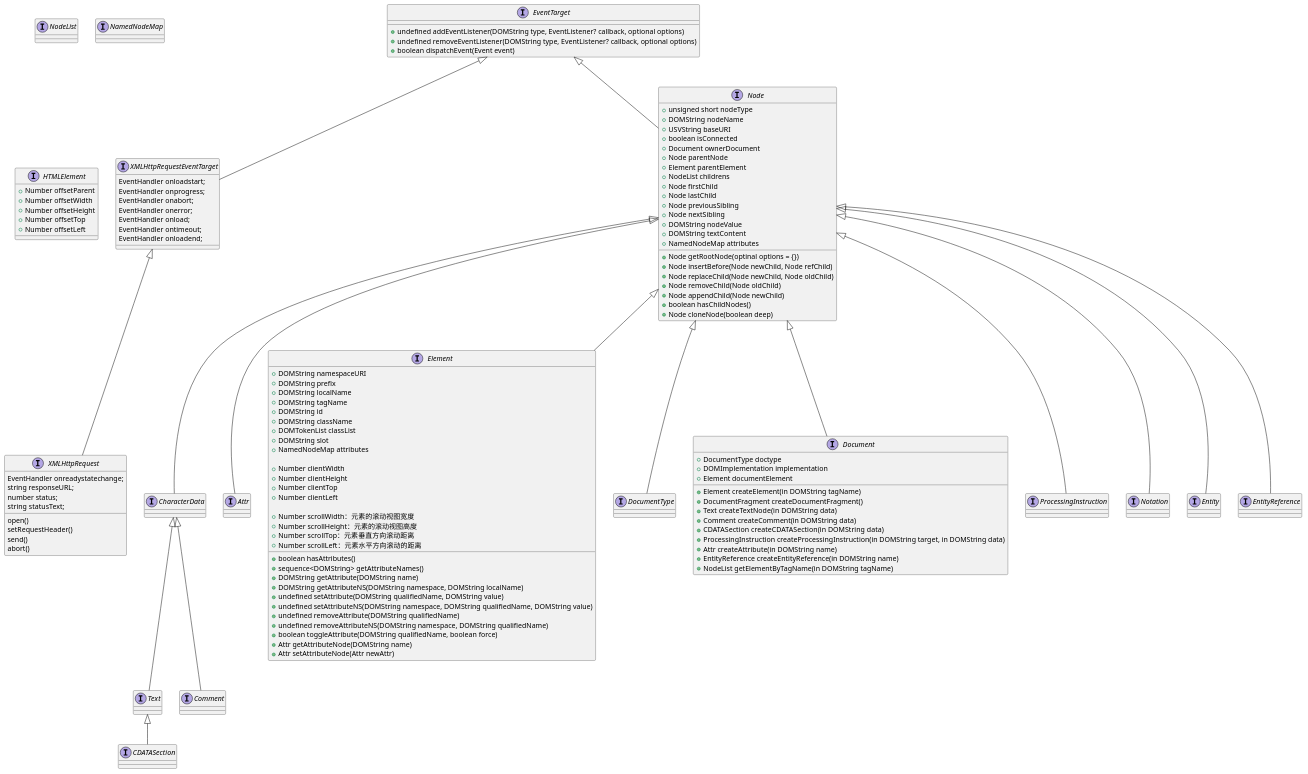
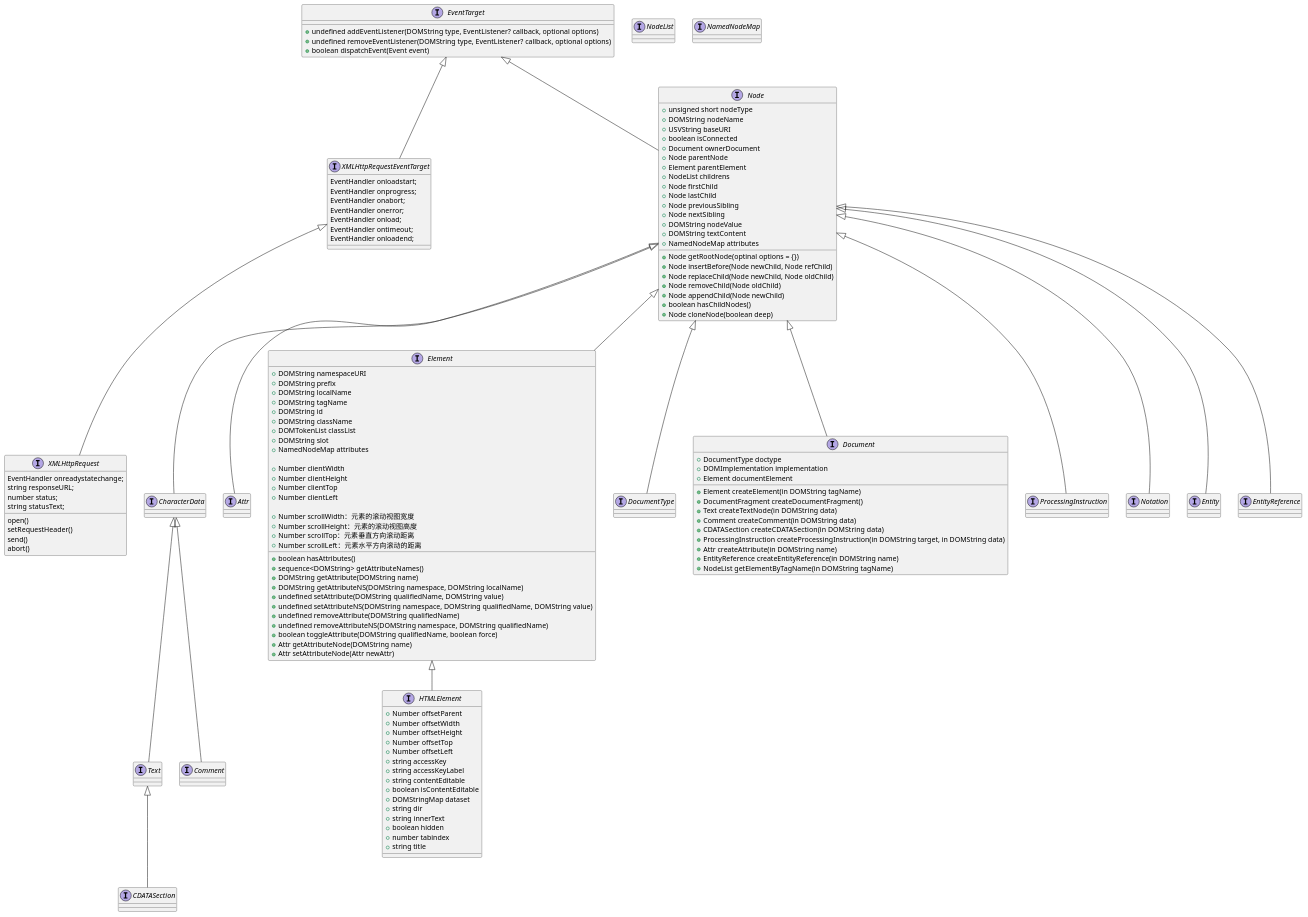
Before and after one commit to TigerWFH/webapp: the diagram in doc/知识累积/Web/dom.wsd, drawn with PlantUML.

Commit message:
docs: 补充HTMLElement资料

```diff
--- a/doc/知识累积/Web/dom.wsd
+++ b/doc/知识累积/Web/dom.wsd
@@ -1,140 +1,152 @@
 @startuml DOM
     interface EventTarget {
         + undefined addEventListener(DOMString type, EventListener? callback, optional options)
         + undefined removeEventListener(DOMString type, EventListener? callback, optional options)
         + boolean dispatchEvent(Event event)
     }
 
     interface XMLHttpRequestEventTarget {
         EventHandler onloadstart;
         EventHandler onprogress;
         EventHandler onabort;
         EventHandler onerror;
         EventHandler onload;
         EventHandler ontimeout;
         EventHandler onloadend;
     }
     interface XMLHttpRequest {
         EventHandler onreadystatechange;
         open()
         setRequestHeader()
         send()
         abort()
         string responseURL;
         number status;
         string statusText;
     }
 
     interface NodeList {}
     interface NamedNodeMap {}
     interface Node {
         + unsigned short nodeType
         + DOMString nodeName
         + USVString baseURI
         + boolean isConnected
         + Document ownerDocument
         + Node parentNode
         + Element parentElement
         + NodeList childrens
         + Node firstChild
         + Node lastChild
         + Node previousSibling
         + Node nextSibling
         + DOMString nodeValue
         + DOMString textContent
         + NamedNodeMap attributes
         + Node getRootNode(optinal options = {})
         + Node insertBefore(Node newChild, Node refChild)
         + Node replaceChild(Node newChild, Node oldChild)
         + Node removeChild(Node oldChild)
         + Node appendChild(Node newChild)
         + boolean hasChildNodes()
         + Node cloneNode(boolean deep)
     }
     interface CharacterData {}
     interface Attr {}
     interface Element {
         + DOMString namespaceURI
         + DOMString prefix
         + DOMString localName
         + DOMString tagName
         + DOMString id
         + DOMString className
         + DOMTokenList classList
         + DOMString slot
         + NamedNodeMap attributes
 
         + Number clientWidth
         + Number clientHeight
         + Number clientTop
         + Number clientLeft
 
         + Number scrollWidth：元素的滚动视图宽度
         + Number scrollHeight：元素的滚动视图高度
         + Number scrollTop：元素垂直方向滚动距离
         + Number scrollLeft：元素水平方向滚动的距离
 
         + boolean hasAttributes()
         + sequence<DOMString> getAttributeNames()
         + DOMString getAttribute(DOMString name)
         + DOMString getAttributeNS(DOMString namespace, DOMString localName)
         + undefined setAttribute(DOMString qualifiedName, DOMString value)
         + undefined setAttributeNS(DOMString namespace, DOMString qualifiedName, DOMString value)
         + undefined removeAttribute(DOMString qualifiedName)
         + undefined removeAttributeNS(DOMString namespace, DOMString qualifiedName)
         + boolean toggleAttribute(DOMString qualifiedName, boolean force)
         + Attr getAttributeNode(DOMString name)
         + Attr setAttributeNode(Attr newAttr)
     }
     interface DocumentType {}
     interface Document {
         + DocumentType doctype
         + DOMImplementation implementation
         + Element documentElement
         + Element createElement(in DOMString tagName)
         + DocumentFragment createDocumentFragment()
         + Text createTextNode(in DOMString data)
         + Comment createComment(in DOMString data)
         + CDATASection createCDATASection(in DOMString data)
         + ProcessingInstruction createProcessingInstruction(in DOMString target, in DOMString data)
         + Attr createAttribute(in DOMString name)
         + EntityReference createEntityReference(in DOMString name)
         + NodeList getElementByTagName(in DOMString tagName)
     }
     interface ProcessingInstruction {}
     interface Notation {}
     interface Entity {}
     interface EntityReference {}
 
     interface Text {}
     interface Comment {}
 
     interface CDATASection {}
 
+' https://developer.mozilla.org/en-US/docs/Web/API/HTMLElement
     interface HTMLElement {
         + Number offsetParent
         + Number offsetWidth
         + Number offsetHeight
         + Number offsetTop
         + Number offsetLeft
+        + string accessKey
+        + string accessKeyLabel
+        + string contentEditable
+        + boolean isContentEditable
+        + DOMStringMap dataset
+        + string dir
+        + string innerText
+        + boolean hidden
+        + number tabindex
+        + string title
     }
 
     EventTarget <|-- XMLHttpRequestEventTarget
     XMLHttpRequestEventTarget <|-- XMLHttpRequest
     EventTarget <|-- Node
     Node <|-- CharacterData
     Node <|-- Attr
     Node <|-- Element
     Node <|-- DocumentType
     Node <|-- Document
     Node <|-- ProcessingInstruction
     Node <|-- Notation
     Node <|-- Entity
     Node <|-- EntityReference
+    Element <|-- HTMLElement
     CharacterData <|-- Text
     CharacterData <|-- Comment
     Text <|-- CDATASection
 
 
 
 @enduml
```
